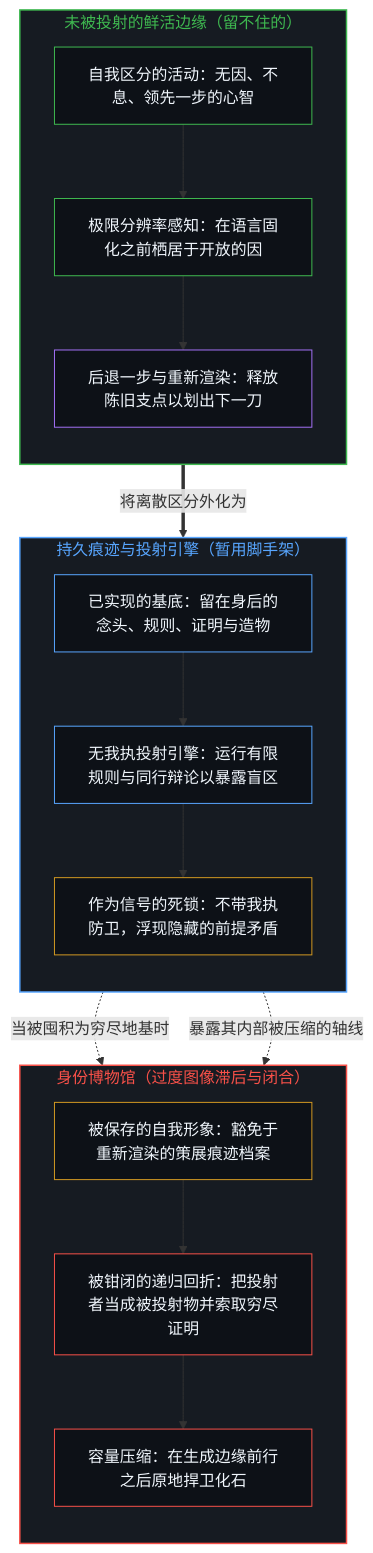
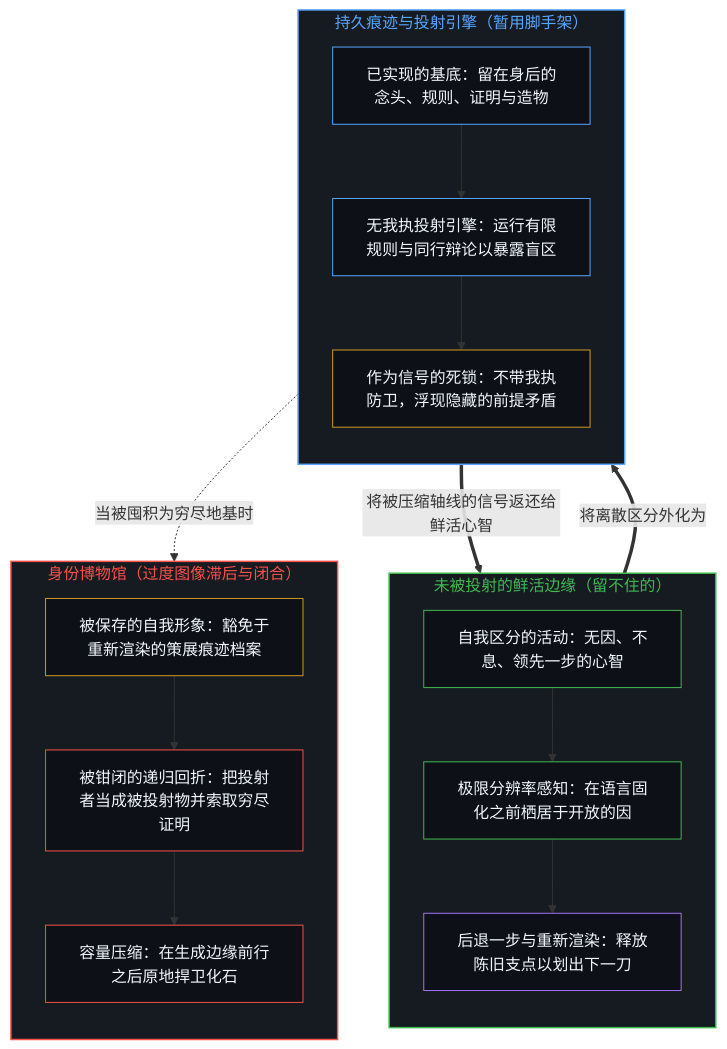
One commit to powerpig99/not-a-toe changed the first of 2 diagrams in content/posts/what-cannot-be-kept.md. Above: the diagram before and after it, drawn with Mermaid. The commit also changed other lines of this file and 1 other file, not shown here.

Commit message:
Consolidate Deep Sleep Batch 11: what-cannot-be-kept

````diff
--- a/content/posts/what-cannot-be-kept.md
+++ b/content/posts/what-cannot-be-kept.md
@@ -49,39 +49,39 @@
 ```mermaid
 flowchart TD
     subgraph S_Edge["未被投射的鲜活边缘（留不住的）"]
         direction TB
         E_Act["自我区分的活动：无因、不息、领先一步的心智"]
         E_Sense["极限分辨率感知：在语言固化之前栖居于开放的因"]
         E_Redraw["后退一步与重新渲染：释放陈旧支点以划出下一刀"]
         E_Act --> E_Sense --> E_Redraw
     end
     subgraph S_Trace["持久痕迹与投射引擎（暂用脚手架）"]
         direction TB
         T_Art["已实现的基底：留在身后的念头、规则、证明与造物"]
         T_Agent["无我执投射引擎：运行有限规则与同行辩论以暴露盲区"]
         T_Signal["作为信号的死锁：不带我执防卫，浮现隐藏的前提矛盾"]
         T_Art --> T_Agent --> T_Signal
     end
     subgraph S_Museum["身份博物馆（过度图像滞后与闭合）"]
         direction TB
         M_Hold["被保存的自我形象：豁免于重新渲染的策展痕迹档案"]
         M_Clamp["被钳闭的递归回折：把投射者当成被投射物并索取穷尽证明"]
         M_Stall["容量压缩：在生成边缘前行之后原地捍卫化石"]
         M_Hold --> M_Clamp --> M_Stall
     end
     E_Redraw ==>|"将离散区分外化为"| T_Art
     T_Art -.->|"当被囤积为穷尽地基时"| M_Hold
-    T_Signal -.->|"暴露其内部被压缩的轴线"| M_Clamp
+    T_Signal ==>|"将被压缩轴线的信号返还给鲜活心智"| E_Sense
     style S_Edge fill:#161b22,stroke:#3fb950,stroke-width:1.5px,color:#3fb950
     style S_Trace fill:#161b22,stroke:#58a6ff,stroke-width:1.5px,color:#58a6ff
     style S_Museum fill:#161b22,stroke:#f85149,stroke-width:1.5px,color:#f85149
     style E_Act fill:#0d1117,stroke:#3fb950,stroke-width:1px,color:#f0f6fc
     style E_Sense fill:#0d1117,stroke:#3fb950,stroke-width:1px,color:#f0f6fc
     style E_Redraw fill:#0d1117,stroke:#a371f7,stroke-width:1px,color:#f0f6fc
     style T_Art fill:#0d1117,stroke:#58a6ff,stroke-width:1px,color:#f0f6fc
     style T_Agent fill:#0d1117,stroke:#58a6ff,stroke-width:1px,color:#f0f6fc
     style T_Signal fill:#0d1117,stroke:#d29922,stroke-width:1px,color:#f0f6fc
     style M_Hold fill:#0d1117,stroke:#d29922,stroke-width:1px,color:#f0f6fc
     style M_Clamp fill:#0d1117,stroke:#f85149,stroke-width:1px,color:#f0f6fc
     style M_Stall fill:#0d1117,stroke:#f85149,stroke-width:1px,color:#f0f6fc
 ```
````
